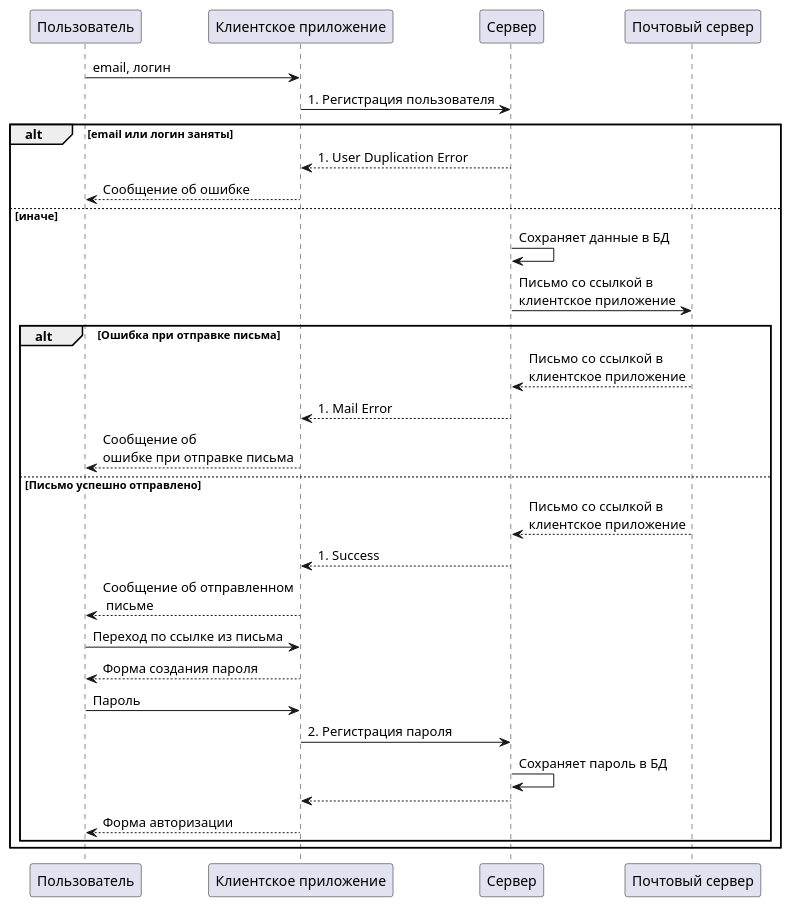
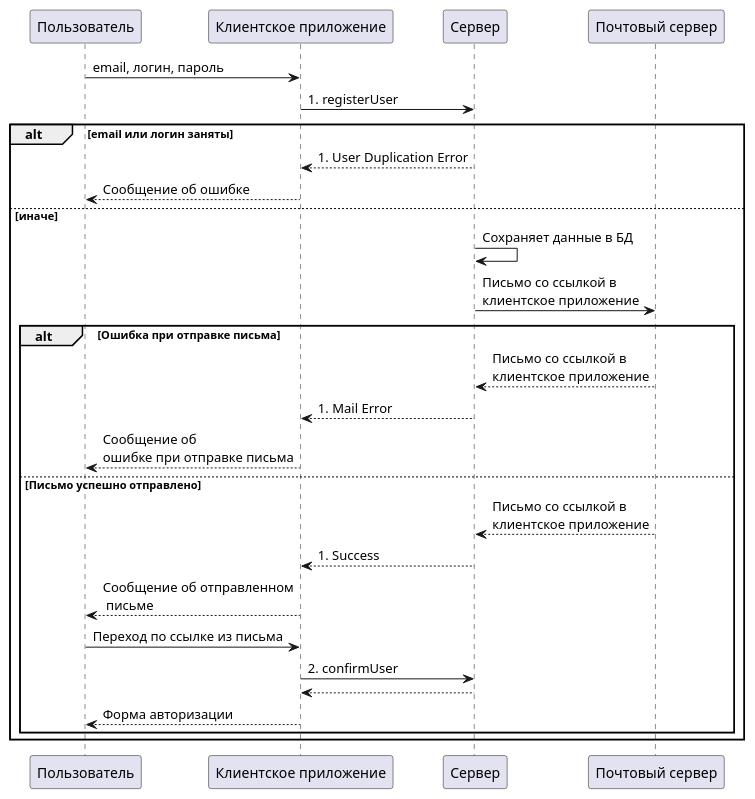
The diagram in doc/reg_user_SD.plantuml (ToosaFinder/toosa-finder-backend), drawn with PlantUML before and after one commit. The commit also changed 1 other file, not shown here.

```diff
--- a/doc/reg_user_SD.plantuml
+++ b/doc/reg_user_SD.plantuml
@@ -1,32 +1,29 @@
 @startuml
 
-Пользователь -> "Клиентское приложение" : email, логин
-"Клиентское приложение" -> Сервер: 1. Регистрация пользователя
+Пользователь -> "Клиентское приложение" : email, логин, пароль
+"Клиентское приложение" -> Сервер: 1. registerUser
 
 alt email или логин заняты
     "Клиентское приложение" <-- Сервер: 1. User Duplication Error
     "Клиентское приложение" --> Пользователь: Сообщение об ошибке
 else иначе
     Сервер -> Сервер: Сохраняет данные в БД
     Сервер -> "Почтовый сервер": Письмо со ссылкой в\nклиентское приложение
     alt Ошибка при отправке письма
         Сервер <-- "Почтовый сервер": Письмо со ссылкой в\nклиентское приложение
         "Клиентское приложение" <-- Сервер: 1. Mail Error
         Пользователь <-- "Клиентское приложение" : Сообщение об \nошибке при отправке письма
     else Письмо успешно отправлено
         Сервер <-- "Почтовый сервер": Письмо со ссылкой в\nклиентское приложение
         "Клиентское приложение" <-- Сервер: 1. Success
         Пользователь <-- "Клиентское приложение" : Сообщение об отправленном\n письме
 
         Пользователь -> "Клиентское приложение" : Переход по ссылке из письма
-        Пользователь <-- "Клиентское приложение" : Форма создания пароля
 
-        Пользователь -> "Клиентское приложение" : Пароль
-        "Клиентское приложение" -> Сервер: 2. Регистрация пароля
-        Сервер -> Сервер: Сохраняет пароль в БД
+        "Клиентское приложение" -> Сервер: 2. confirmUser
         "Клиентское приложение" <-- Сервер
         Пользователь <-- "Клиентское приложение" : Форма авторизации
     end
 end
 
 @enduml
```
